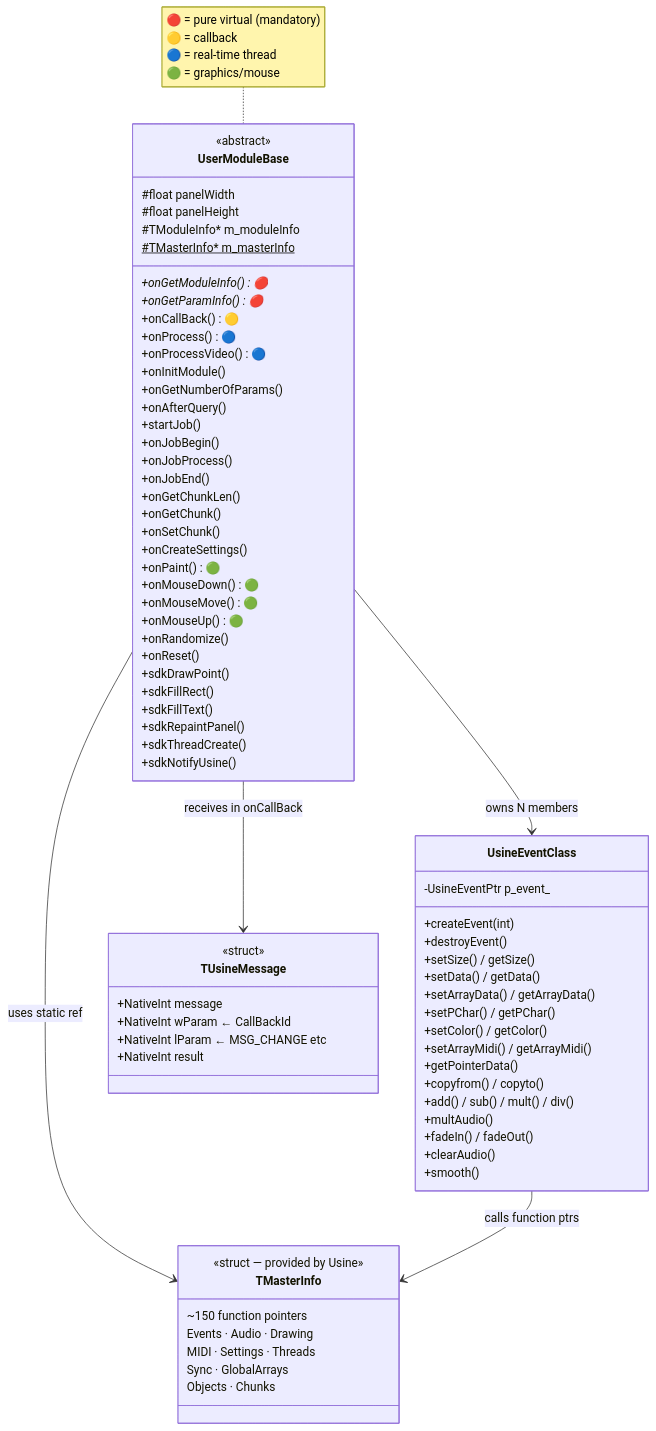
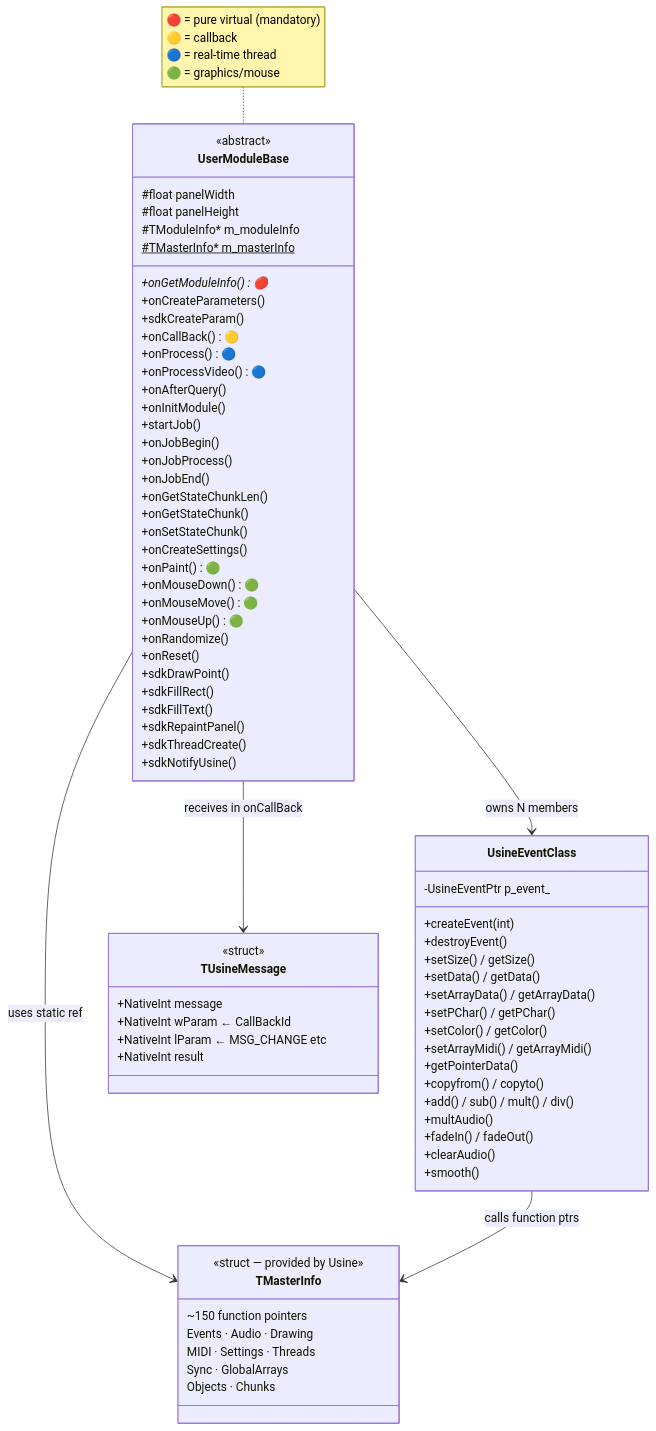
One commit to brainmodular/USINE-SDK-PUBLIC changed the first of 9 diagrams in wiki/sdk/class-diagram.md. Above: the diagram before and after it, drawn with Mermaid. The commit also changed other lines of this file and 353 other files, not shown here.

First line of the commit message:
SDK 703003: module-created parameters, error system, C++20 examples

```diff
--- a/wiki/sdk/class-diagram.md
+++ b/wiki/sdk/class-diagram.md
@@ -19,20 +19,20 @@
         #TModuleInfo* m_moduleInfo
         #TMasterInfo* m_masterInfo$
         +onGetModuleInfo()* 🔴
-        +onGetParamInfo()* 🔴
+        +onCreateParameters()
+        +sdkCreateParam()
         +onCallBack() 🟡
         +onProcess() 🔵
         +onProcessVideo() 🔵
+        +onAfterQuery()
         +onInitModule()
-        +onGetNumberOfParams()
-        +onAfterQuery()
         +startJob()
         +onJobBegin()
         +onJobProcess()
         +onJobEnd()
-        +onGetChunkLen()
-        +onGetChunk()
-        +onSetChunk()
+        +onGetStateChunkLen()
+        +onGetStateChunk()
+        +onSetStateChunk()
         +onCreateSettings()
         +onPaint() 🟢
         +onMouseDown() 🟢
```
